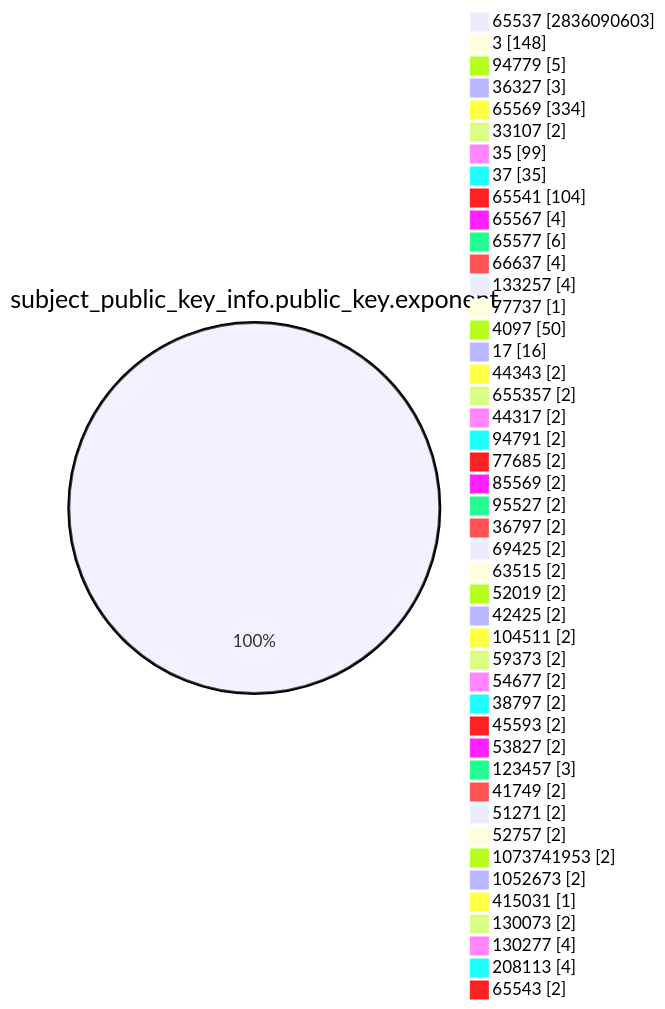
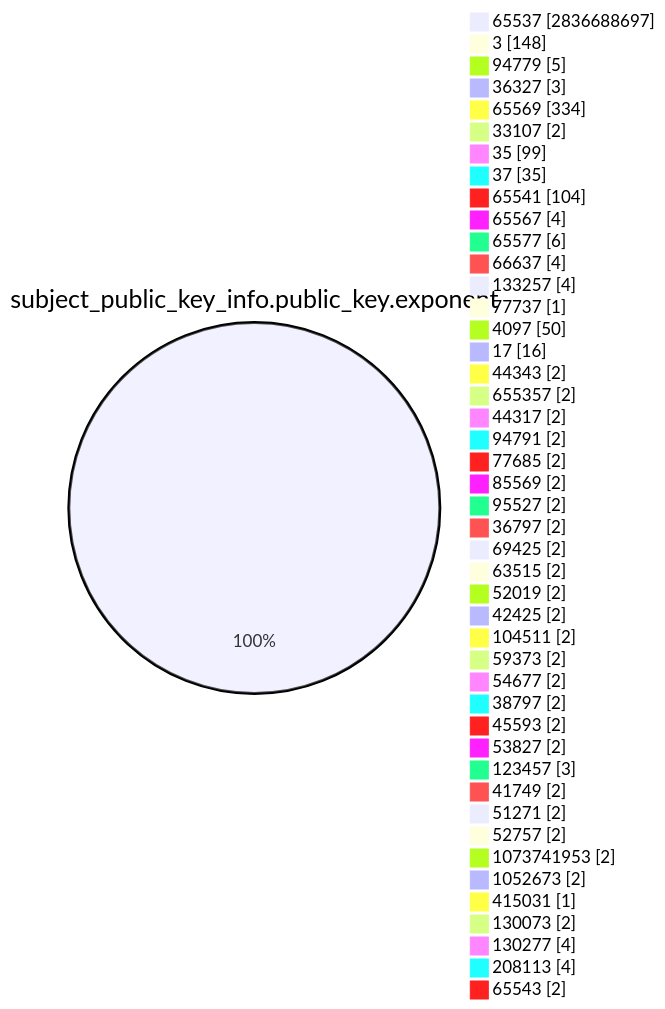
The fourth of 15 diagrams in TOTAL/README.md (christiankrug/ctmonitor_visualization), drawn with Mermaid before and after one commit. The commit also changed other lines of this file, not shown here.

````diff
--- a/TOTAL/README.md
+++ b/TOTAL/README.md
@@ -1468,49 +1468,49 @@
 ```mermaid
 pie showData
 title subject_public_key_info.public_key.exponent
-"65537" :2836090603
+"65537" :2836688697
 "3" :148
 "94779" :5
 "36327" :3
 "65569" :334
 "33107" :2
 "35" :99
 "37" :35
 "65541" :104
 "65567" :4
 "65577" :6
 "66637" :4
 "133257" :4
 "77737" :1
 "4097" :50
 "17" :16
 "44343" :2
 "655357" :2
 "44317" :2
 "94791" :2
 "77685" :2
 "85569" :2
 "95527" :2
 "36797" :2
 "69425" :2
 "63515" :2
 "52019" :2
 "42425" :2
 "104511" :2
 "59373" :2
 "54677" :2
 "38797" :2
 "45593" :2
 "53827" :2
 "123457" :3
 "41749" :2
 "51271" :2
 "52757" :2
 "1073741953" :2
 "1052673" :2
 "415031" :1
 "130073" :2
 "130277" :4
 "208113" :4
 "65543" :2
 ```
````
